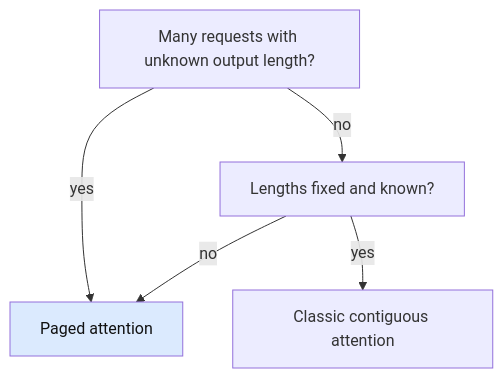
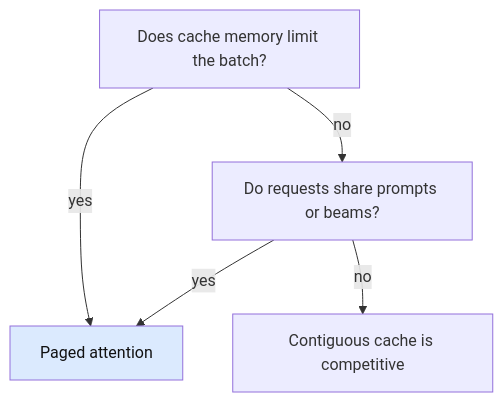
Before and after one commit to mengjiasun1992/sllmwiki-demo: the diagram in sllmwiki/narratives/how-does-classic-attention-compare-with-paged-attention-in-transformers.md, drawn with Mermaid. The commit also changed other lines of this file and 7 other files, not shown here.

````diff
--- a/sllmwiki/narratives/how-does-classic-attention-compare-with-paged-attention-in-transformers.md
+++ b/sllmwiki/narratives/how-does-classic-attention-compare-with-paged-attention-in-transformers.md
@@ -46,9 +50,9 @@
 ```mermaid
 flowchart TD
-    A[Many requests with unknown output length?] -->|yes| P[Paged attention]
-    A -->|no| B[Lengths fixed and known?]
-    B -->|yes| C[Classic contiguous attention]
-    B -->|no| P
+    A["Does cache memory limit the batch?"] -->|yes| P["Paged attention"]
+    A -->|no| B["Do requests share prompts or beams?"]
+    B -->|yes| P
+    B -->|no| C["Contiguous cache is competitive"]
     classDef pick fill:#dbeafe,color:#111
     class P pick
 ```
````
